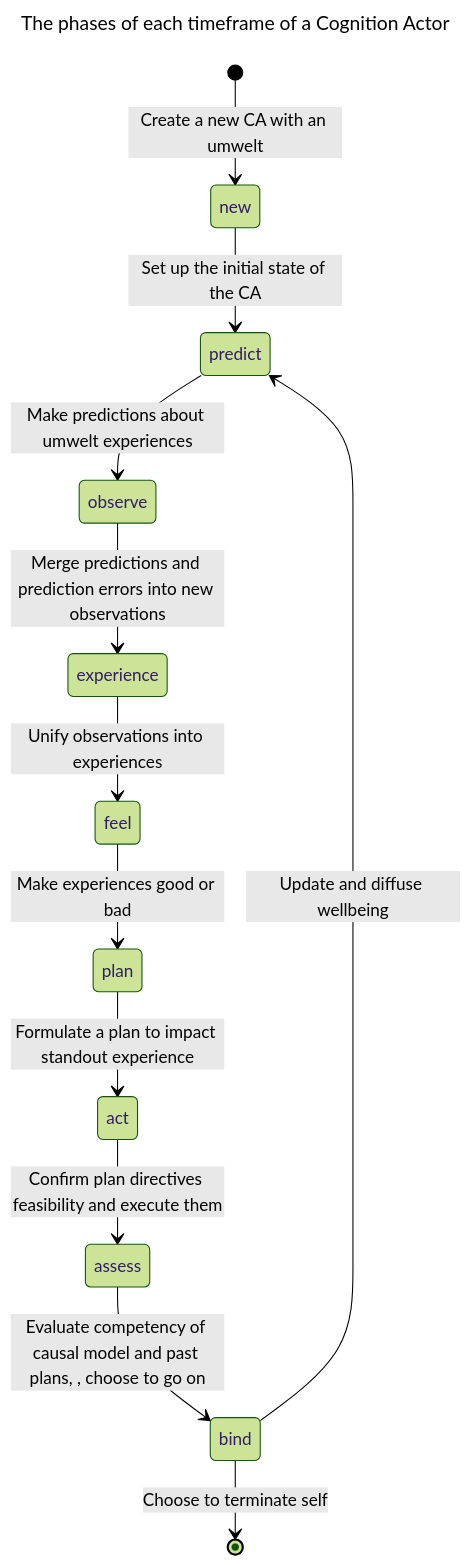
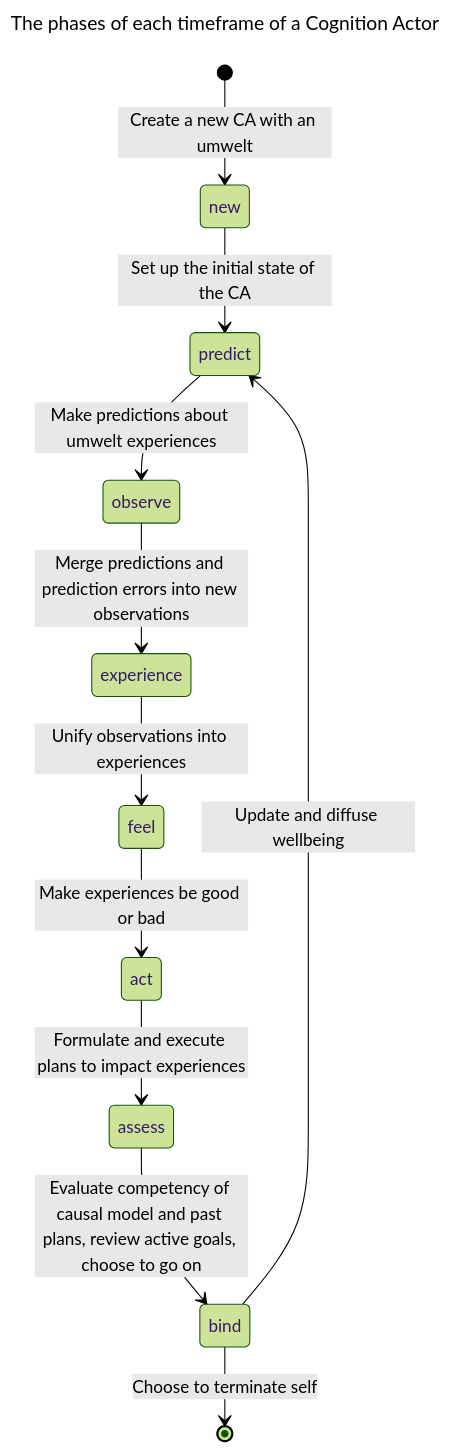
One commit to jfcloutier/karma_system changed the diagram in design_notes/cognition_actors.md. Above: the diagram before and after it, drawn with Mermaid (forest theme). The commit also changed other lines of this file and 4 other files, not shown here.

First line of the commit message:
Completed design note on acting (goals and plans)

````diff
--- a/design_notes/cognition_actors.md
+++ b/design_notes/cognition_actors.md
@@ -134,17 +131,16 @@
 ```mermaid
 ---
 title: The phases of each timeframe of a Cognition Actor
 ---
 stateDiagram-v2
     [*] --> new: Create a new CA with an umwelt
     new --> predict: Set up the initial state of the CA
     predict --> observe: Make predictions about umwelt experiences
     observe --> experience: Merge predictions and prediction errors into new observations
     experience --> feel: Unify observations into experiences
-    feel --> plan: Make experiences good or bad
-    plan --> act: Formulate a plan to impact standout experience
-    act --> assess: Confirm plan directives feasibility and execute them
-    assess --> bind: Evaluate competency of causal model and past plans, , choose to go on
+    feel --> act: Make experiences be good or bad
+    act --> assess: Formulate and execute plans to impact experiences
+    assess --> bind: Evaluate competency of causal model and past plans, review active goals, choose to go on
     bind --> predict: Update and diffuse wellbeing
     bind --> [*]: Choose to terminate self
 ```
````
